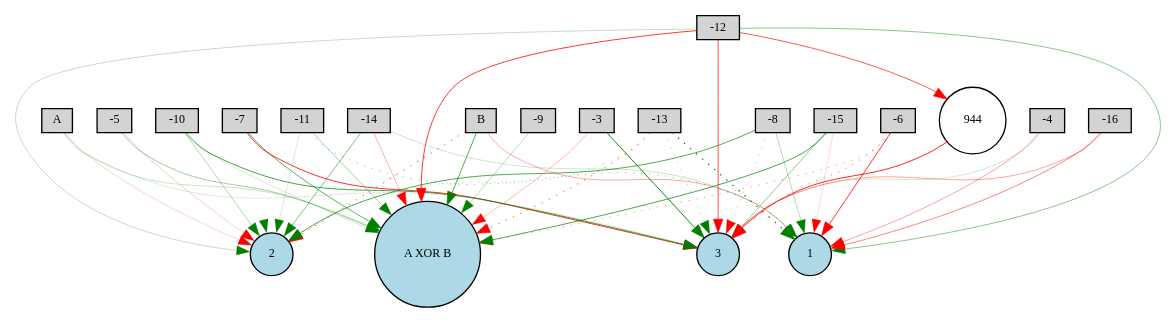
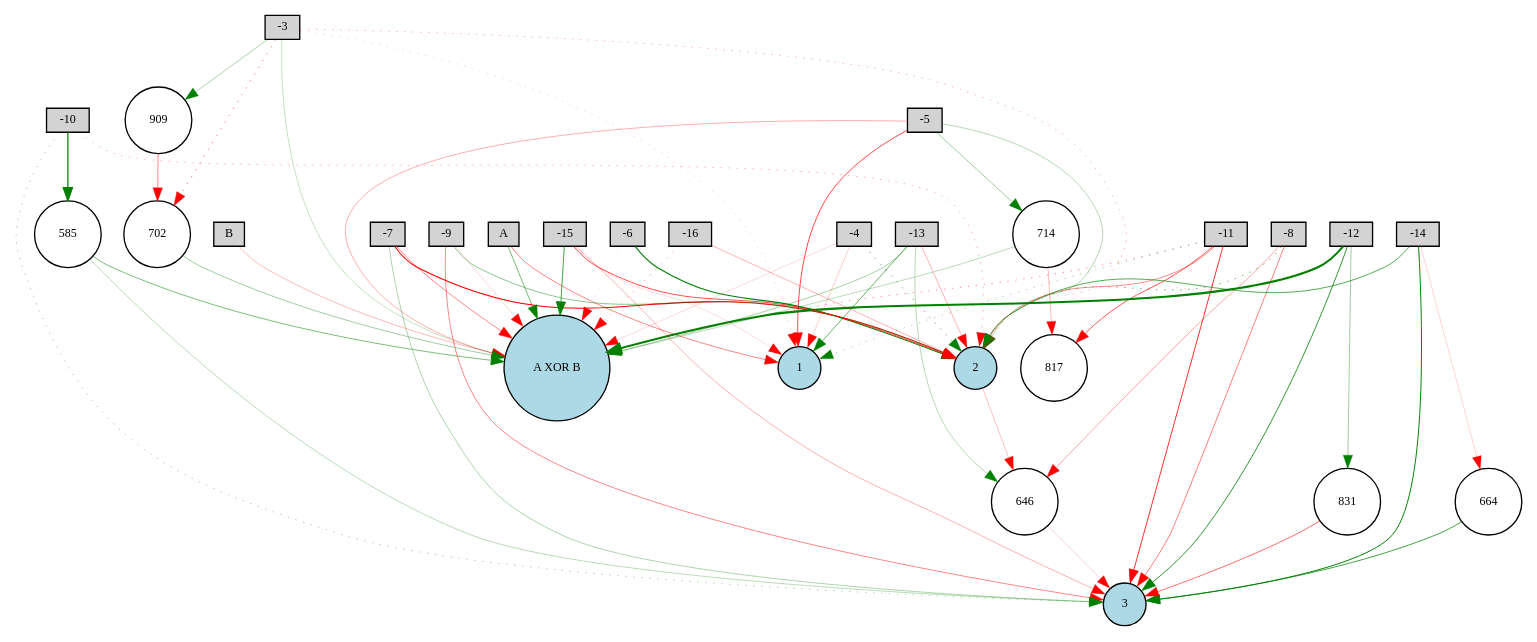
Before and after one commit to bmfelipe/2048AI: the diagram in Digraph.gv, drawn with Graphviz. The commit also changed 7 other files, not shown here.

```diff
--- a/Digraph.gv
+++ b/Digraph.gv
@@ -1,71 +1,92 @@
 digraph {
 	node [fontsize=9 height=0.2 shape=circle width=0.2]
 	A [fillcolor=lightgray shape=box style=filled]
 	B [fillcolor=lightgray shape=box style=filled]
 	-3 [fillcolor=lightgray shape=box style=filled]
 	-4 [fillcolor=lightgray shape=box style=filled]
 	-5 [fillcolor=lightgray shape=box style=filled]
 	-6 [fillcolor=lightgray shape=box style=filled]
 	-7 [fillcolor=lightgray shape=box style=filled]
 	-8 [fillcolor=lightgray shape=box style=filled]
 	-9 [fillcolor=lightgray shape=box style=filled]
 	-10 [fillcolor=lightgray shape=box style=filled]
 	-11 [fillcolor=lightgray shape=box style=filled]
 	-12 [fillcolor=lightgray shape=box style=filled]
 	-13 [fillcolor=lightgray shape=box style=filled]
 	-14 [fillcolor=lightgray shape=box style=filled]
 	-15 [fillcolor=lightgray shape=box style=filled]
 	-16 [fillcolor=lightgray shape=box style=filled]
 	"A XOR B" [fillcolor=lightblue style=filled]
 	1 [fillcolor=lightblue style=filled]
 	2 [fillcolor=lightblue style=filled]
 	3 [fillcolor=lightblue style=filled]
-	944 [fillcolor=white style=filled]
-	A -> "A XOR B" [color=green penwidth=0.1639337136706937 style=solid]
-	A -> 2 [color=red penwidth=0.14122679429629853 style=solid]
-	A -> 3 [color=green penwidth=0.11116248276747565 style=solid]
-	B -> "A XOR B" [color=green penwidth=0.5212693313723435 style=solid]
-	B -> 1 [color=red penwidth=0.2640267969658522 style=solid]
-	B -> 2 [color=red penwidth=0.583480601362157 style=dotted]
-	-3 -> "A XOR B" [color=red penwidth=0.21072432756284992 style=solid]
-	-3 -> 3 [color=green penwidth=0.7006010893536925 style=solid]
-	-4 -> 1 [color=red penwidth=0.2816164164918531 style=solid]
-	-4 -> 3 [color=green penwidth=0.13877497508605877 style=solid]
-	-5 -> "A XOR B" [color=green penwidth=0.28104305942852137 style=solid]
-	-5 -> 2 [color=red penwidth=0.16023747112712822 style=solid]
-	-5 -> 3 [color=red penwidth=0.10553557452845211 style=dotted]
-	-6 -> "A XOR B" [color=red penwidth=0.30751602327455996 style=dotted]
-	-6 -> 1 [color=red penwidth=0.5969883773419449 style=solid]
-	-6 -> 3 [color=red penwidth=0.411155835479206 style=dotted]
-	-7 -> "A XOR B" [color=green penwidth=0.4561582623829301 style=solid]
-	-7 -> 2 [color=green penwidth=0.11908285602806153 style=dotted]
-	-7 -> 3 [color=red penwidth=0.6052180806658712 style=solid]
-	-8 -> 1 [color=green penwidth=0.22670080425773634 style=solid]
-	-8 -> 2 [color=green penwidth=0.5100071398397212 style=solid]
-	-8 -> 3 [color=red penwidth=0.22140970957320374 style=dotted]
-	-9 -> "A XOR B" [color=green penwidth=0.2121966653756501 style=solid]
-	-10 -> "A XOR B" [color=green penwidth=0.12823469561588471 style=solid]
-	-10 -> 2 [color=green penwidth=0.22819245910720673 style=solid]
-	-10 -> 3 [color=green penwidth=0.5433696834264411 style=solid]
-	-11 -> "A XOR B" [color=green penwidth=0.26504841708061233 style=solid]
-	-11 -> 1 [color=green penwidth=0.33845307898903015 style=dotted]
-	-12 -> 1 [color=green penwidth=0.33566635308076453 style=solid]
-	-12 -> 2 [color=green penwidth=0.19312411802968005 style=solid]
-	-12 -> 3 [color=red penwidth=0.5272011229821539 style=solid]
-	-13 -> "A XOR B" [color=red penwidth=0.5421281811134866 style=dotted]
-	-13 -> 1 [color=green penwidth=0.9159232502992377 style=dotted]
-	-13 -> 2 [color=green penwidth=0.22632109879409082 style=dotted]
-	-13 -> 3 [color=green penwidth=0.24974309088179053 style=dotted]
-	-14 -> "A XOR B" [color=red penwidth=0.23715900736522283 style=solid]
-	-14 -> 1 [color=green penwidth=0.16353086944849304 style=solid]
-	-14 -> 2 [color=green penwidth=0.368868084955031 style=solid]
-	-15 -> "A XOR B" [color=green penwidth=0.533520685581546 style=solid]
-	-15 -> 1 [color=red penwidth=0.11906602269959772 style=solid]
-	-15 -> 3 [color=green penwidth=0.3343367256559765 style=solid]
-	-16 -> 1 [color=red penwidth=0.3743266250248509 style=solid]
-	-16 -> 3 [color=red penwidth=0.28048757177803835 style=solid]
-	-12 -> "A XOR B" [color=red penwidth=0.5900595492405398 style=solid]
-	-12 -> 944 [color=red penwidth=0.4878414951058543 style=solid]
-	944 -> 3 [color=red penwidth=0.6361846632979459 style=solid]
-	-11 -> 2 [color=green penwidth=0.12282373898695527 style=solid]
+	646 [fillcolor=white style=filled]
+	585 [fillcolor=white style=filled]
+	714 [fillcolor=white style=filled]
+	909 [fillcolor=white style=filled]
+	817 [fillcolor=white style=filled]
+	664 [fillcolor=white style=filled]
+	702 [fillcolor=white style=filled]
+	831 [fillcolor=white style=filled]
+	A -> "A XOR B" [color=green penwidth=0.41331610147810416 style=solid]
+	A -> 1 [color=red penwidth=0.35548426926017673 style=solid]
+	B -> "A XOR B" [color=red penwidth=0.21026336241368138 style=solid]
+	-3 -> "A XOR B" [color=green penwidth=0.17828913612137015 style=solid]
+	-3 -> 1 [color=red penwidth=0.1690292534307956 style=dotted]
+	-3 -> 2 [color=red penwidth=0.2499307365973173 style=dotted]
+	-4 -> "A XOR B" [color=red penwidth=0.12274696907549697 style=solid]
+	-4 -> 1 [color=red penwidth=0.1457342564711383 style=solid]
+	-4 -> 2 [color=green penwidth=0.4496251277614012 style=dotted]
+	-5 -> "A XOR B" [color=red penwidth=0.24045398874917925 style=solid]
+	-5 -> 1 [color=red penwidth=0.5449143400397292 style=solid]
+	-5 -> 2 [color=green penwidth=0.22434881775204132 style=solid]
+	-6 -> "A XOR B" [color=red penwidth=0.13838976509990236 style=dotted]
+	-6 -> 2 [color=green penwidth=0.801797248775218 style=solid]
+	-7 -> "A XOR B" [color=red penwidth=0.3562438218556633 style=solid]
+	-7 -> 2 [color=red penwidth=0.7755113808869459 style=solid]
+	-7 -> 3 [color=green penwidth=0.2537068805638638 style=solid]
+	-8 -> 2 [color=green penwidth=0.5091704896356111 style=dotted]
+	-8 -> 3 [color=red penwidth=0.3824606940627532 style=solid]
+	-9 -> "A XOR B" [color=red penwidth=0.13143123937886564 style=solid]
+	-9 -> 2 [color=green penwidth=0.3446134063827686 style=solid]
+	-9 -> 3 [color=red penwidth=0.36392896657212914 style=solid]
+	-10 -> 2 [color=red penwidth=0.24615626825822481 style=dotted]
+	-10 -> 3 [color=green penwidth=0.2842881285427873 style=dotted]
+	-11 -> "A XOR B" [color=red penwidth=0.3321953244411783 style=dotted]
+	-11 -> 1 [color=green penwidth=0.2593379049072252 style=dotted]
+	-11 -> 2 [color=red penwidth=0.3449683822971331 style=solid]
+	-11 -> 3 [color=red penwidth=0.6184691889447375 style=solid]
+	-12 -> "A XOR B" [color=green penwidth=1.5153768213834988 style=solid]
+	-12 -> 2 [color=red penwidth=0.17029077426476313 style=dotted]
+	-12 -> 3 [color=green penwidth=0.6102820532125364 style=solid]
+	-13 -> "A XOR B" [color=green penwidth=0.26918059485031604 style=solid]
+	-13 -> 1 [color=green penwidth=0.43549228760603964 style=solid]
+	-13 -> 2 [color=red penwidth=0.225910486172471 style=solid]
+	-14 -> 2 [color=green penwidth=0.5047339111275215 style=solid]
+	-14 -> 3 [color=green penwidth=0.7357402370023713 style=solid]
+	-15 -> "A XOR B" [color=green penwidth=0.5518797897085868 style=solid]
+	-15 -> 2 [color=red penwidth=0.5239179383546371 style=solid]
+	-15 -> 3 [color=red penwidth=0.24077561130180125 style=solid]
+	-16 -> "A XOR B" [color=red penwidth=0.32364744676406115 style=dotted]
+	-16 -> 2 [color=red penwidth=0.2323218427147322 style=solid]
+	-10 -> 585 [color=green penwidth=0.9182119673799832 style=solid]
+	585 -> 3 [color=green penwidth=0.2091548991512902 style=solid]
+	-13 -> 646 [color=green penwidth=0.221119430848889 style=solid]
+	-14 -> 664 [color=red penwidth=0.12971323550219147 style=solid]
+	664 -> 3 [color=green penwidth=0.5521229732113913 style=solid]
+	-3 -> 702 [color=red penwidth=0.4097322539418847 style=dotted]
+	702 -> "A XOR B" [color=green penwidth=0.2896654782024645 style=solid]
+	585 -> "A XOR B" [color=green penwidth=0.3937877387353488 style=solid]
+	-5 -> 714 [color=green penwidth=0.29230233876234446 style=solid]
+	714 -> "A XOR B" [color=green penwidth=0.21347914907264923 style=solid]
+	-15 -> 1 [color=red penwidth=0.1126302493548048 style=solid]
+	714 -> 817 [color=red penwidth=0.21260257889618256 style=solid]
+	-12 -> 831 [color=green penwidth=0.28651473516077897 style=solid]
+	831 -> 3 [color=red penwidth=0.4307456559449627 style=solid]
+	-11 -> 817 [color=red penwidth=0.5046131921612881 style=solid]
+	-8 -> 646 [color=red penwidth=0.2697023217762975 style=solid]
+	2 -> 646 [color=red penwidth=0.1904459308994993 style=solid]
+	-3 -> 909 [color=green penwidth=0.2525265865157189 style=solid]
+	909 -> 702 [color=red penwidth=0.3605695949719624 style=solid]
+	646 -> 3 [color=red penwidth=0.1447513836598327 style=solid]
 }
```
